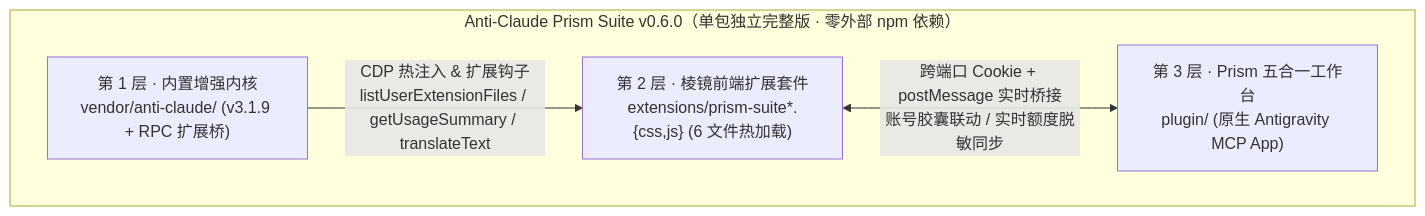
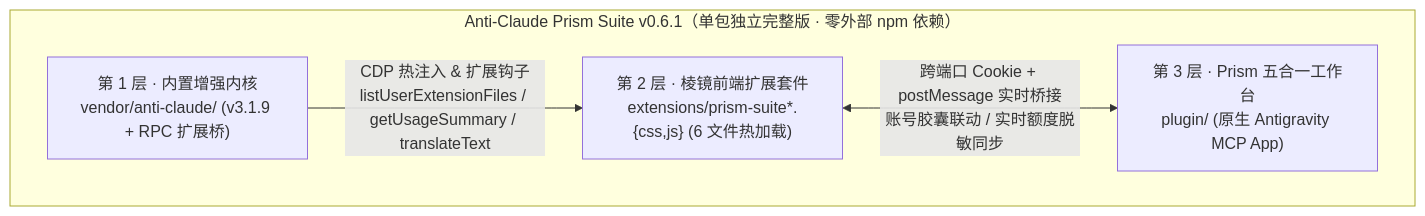
The diagram in README.md (brsbsc/anti-claude-prism-suite), drawn with Mermaid before and after one commit. The commit also changed other lines of this file and 12 other files, not shown here.

````diff
--- a/README.md
+++ b/README.md
@@ -112,11 +112,11 @@
 ```mermaid
 flowchart TB
-  subgraph PKG["Anti-Claude Prism Suite v0.6.0（单包独立完整版 · 零外部 npm 依赖）"]
+  subgraph PKG["Anti-Claude Prism Suite v0.6.1（单包独立完整版 · 零外部 npm 依赖）"]
     K["第 1 层 · 内置增强内核<br/>vendor/anti-claude/ (v3.1.9 + RPC 扩展桥)"]
     E["第 2 层 · 棱镜前端扩展套件<br/>extensions/prism-suite*.{css,js} (6 文件热加载)"]
     P["第 3 层 · Prism 五合一工作台<br/>plugin/ (原生 Antigravity MCP App)"]
   end
 
   K -->|"CDP 热注入 & 扩展钩子<br/>listUserExtensionFiles / getUsageSummary / translateText"| E
   E <-->|"跨端口 Cookie + postMessage 实时桥接<br/>账号胶囊联动 / 实时额度脱敏同步"| P
 ```
````
